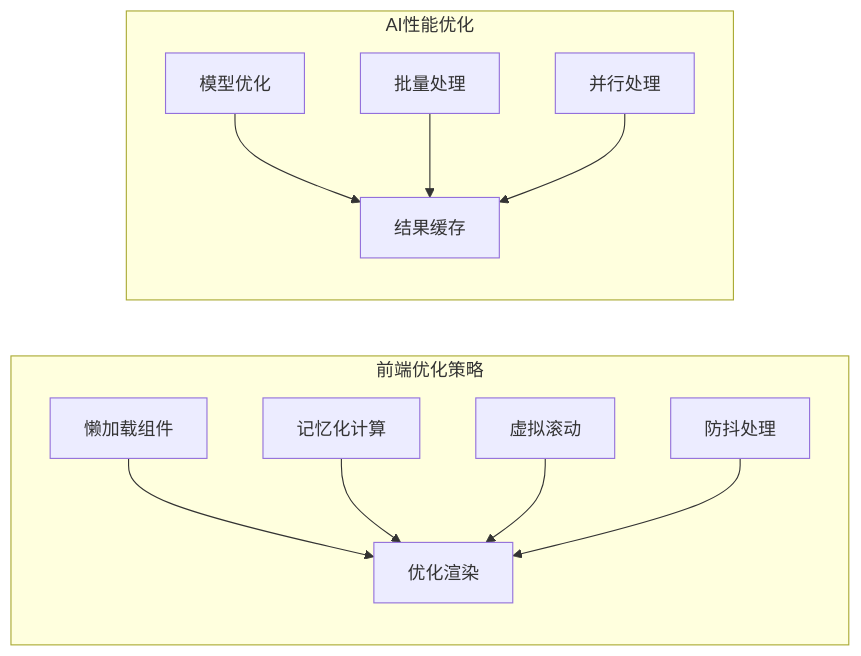
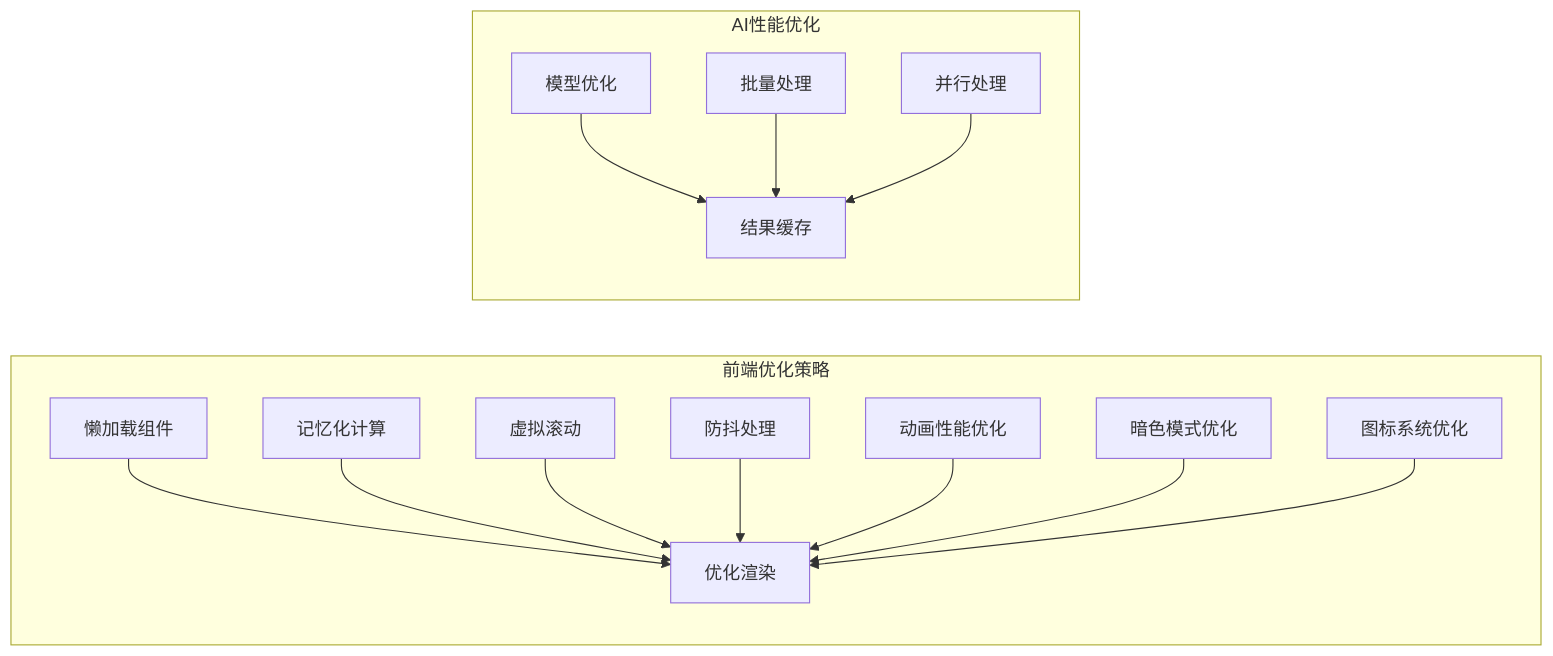
Diagram 18 of 18 in .qoder/repowiki/zh/content/Pre Sales Dashboard.md (xianjianshenqu/SalesFlow-CRM), drawn with Mermaid before and after one commit. The commit also changed other lines of this file and 7 other files, not shown here.

````diff
--- a/.qoder/repowiki/zh/content/Pre Sales Dashboard.md
+++ b/.qoder/repowiki/zh/content/Pre Sales Dashboard.md
@@ -536,23 +720,29 @@
 ```mermaid
 graph LR
 subgraph "前端优化策略"
 LazyLoad[懒加载组件]
 Memo[记忆化计算]
 VirtualScroll[虚拟滚动]
 Debounce[防抖处理]
 OptimizedRender[优化渲染]
+AnimationOptimization[动画性能优化]
+DarkModeOptimization[暗色模式优化]
+IconOptimization[图标系统优化]
 end
 subgraph "AI性能优化"
 ModelOptimization[模型优化]
 BatchProcessing[批量处理]
 Caching[结果缓存]
 ParallelProcessing[并行处理]
 end
 LazyLoad --> OptimizedRender
 Memo --> OptimizedRender
 VirtualScroll --> OptimizedRender
 Debounce --> OptimizedRender
+AnimationOptimization --> OptimizedRender
+DarkModeOptimization --> OptimizedRender
+IconOptimization --> OptimizedRender
 ModelOptimization --> Caching
 BatchProcessing --> Caching
 ParallelProcessing --> Caching
 ```
````
